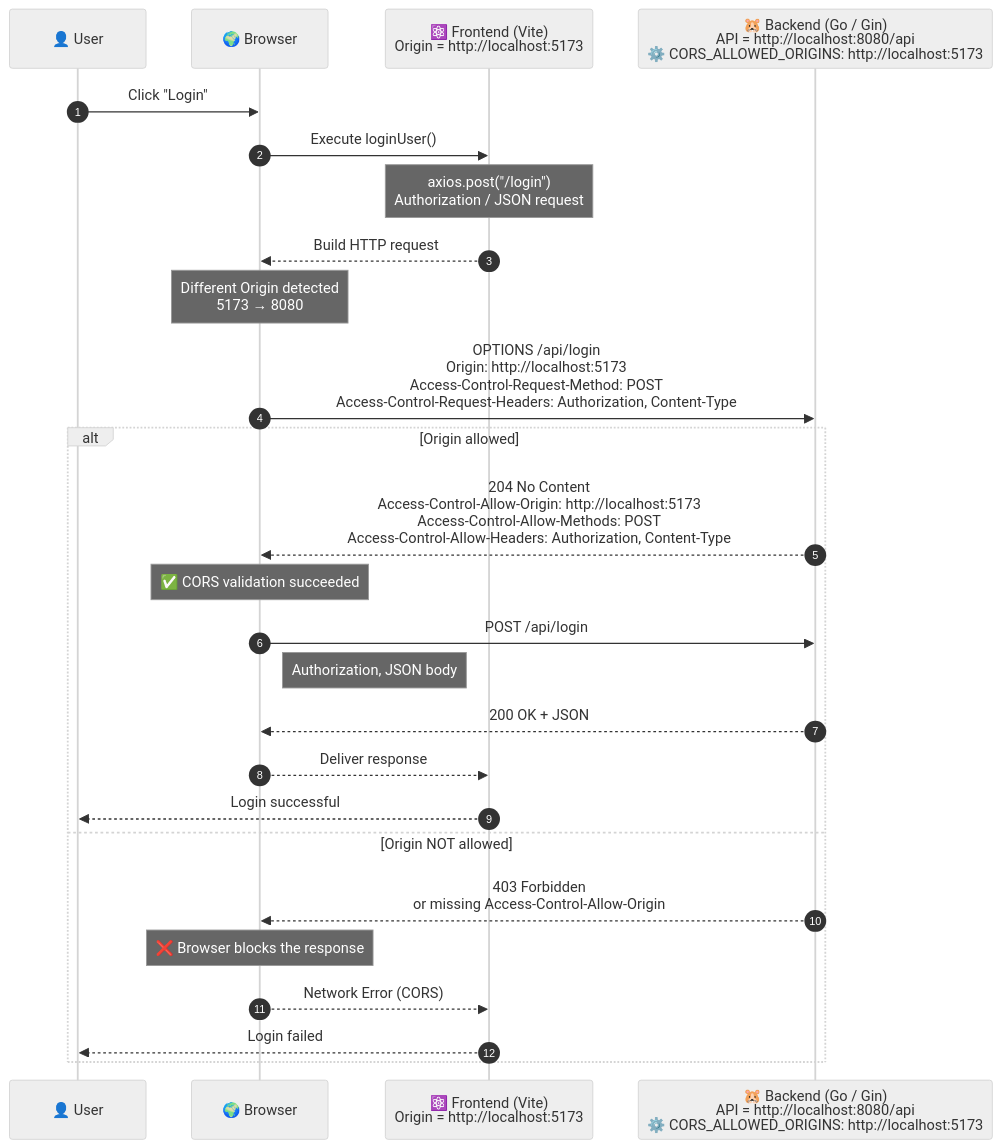
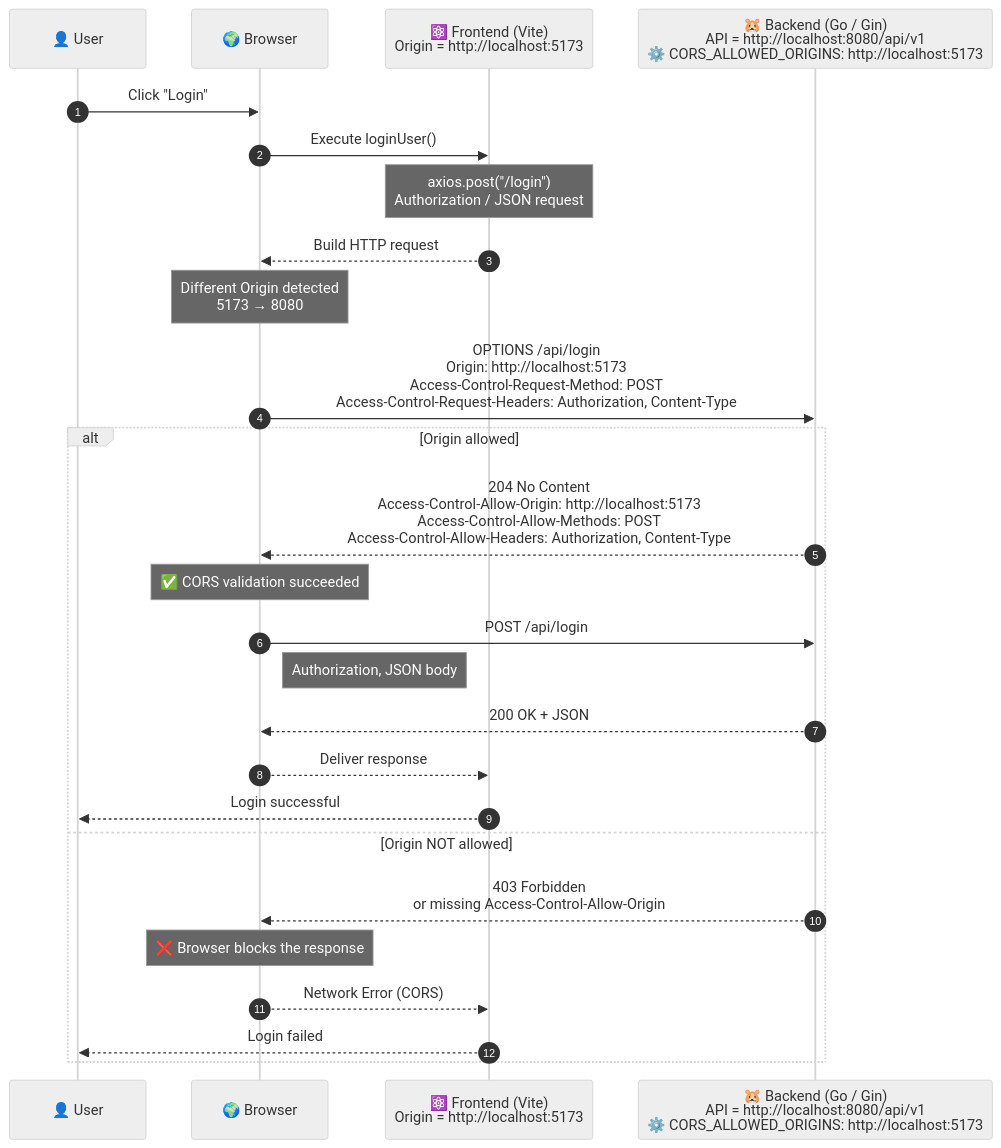
Before and after one commit to ckl67/SkoreFlow: the first of 2 diagrams in docs/backend/cors.md, drawn with Mermaid (neutral theme). The commit also changed 43 other files, not shown here.

````diff
--- a/docs/backend/cors.md
+++ b/docs/backend/cors.md
@@ -158,45 +158,45 @@
 ```mermaid
 sequenceDiagram
     autonumber
 
     participant User as 👤 User
     participant Browser as 🌍 Browser
     participant Frontend as ⚛️ Frontend (Vite)<br/>Origin = http://localhost:5173
-    participant Backend as 🐹 Backend (Go / Gin)<br/>API = http://localhost:8080/api <br/> ⚙️ CORS_ALLOWED_ORIGINS: http://localhost:5173
+    participant Backend as 🐹 Backend (Go / Gin)<br/>API = http://localhost:8080/api/v1 <br/> ⚙️ CORS_ALLOWED_ORIGINS: http://localhost:5173
 
     User->>Browser: Click "Login"
 
     Browser->>Frontend: Execute loginUser()
 
     Note over Frontend: axios.post("/login")<br/>Authorization / JSON request
 
     Frontend-->>Browser: Build HTTP request
 
     Note over Browser: Different Origin detected<br/>5173 → 8080
 
     Browser->>Backend: OPTIONS /api/login<br/>Origin: http://localhost:5173<br/>Access-Control-Request-Method: POST<br/>Access-Control-Request-Headers: Authorization, Content-Type
 
     alt Origin allowed
         Backend-->>Browser: 204 No Content<br/>Access-Control-Allow-Origin: http://localhost:5173<br/>Access-Control-Allow-Methods: POST<br/>Access-Control-Allow-Headers: Authorization, Content-Type
 
         Note over Browser: ✅ CORS validation succeeded
 
         Browser->>Backend: POST /api/login
         Note right of Browser: Authorization, JSON body
 
         Backend-->>Browser: 200 OK + JSON
 
         Browser-->>Frontend: Deliver response
 
         Frontend-->>User: Login successful
 
     else Origin NOT allowed
         Backend-->>Browser: 403 Forbidden<br/>or missing Access-Control-Allow-Origin
 
         Note over Browser: ❌ Browser blocks the response
 
         Browser-->>Frontend: Network Error (CORS)
 
         Frontend-->>User: Login failed
     end
 ```
````
